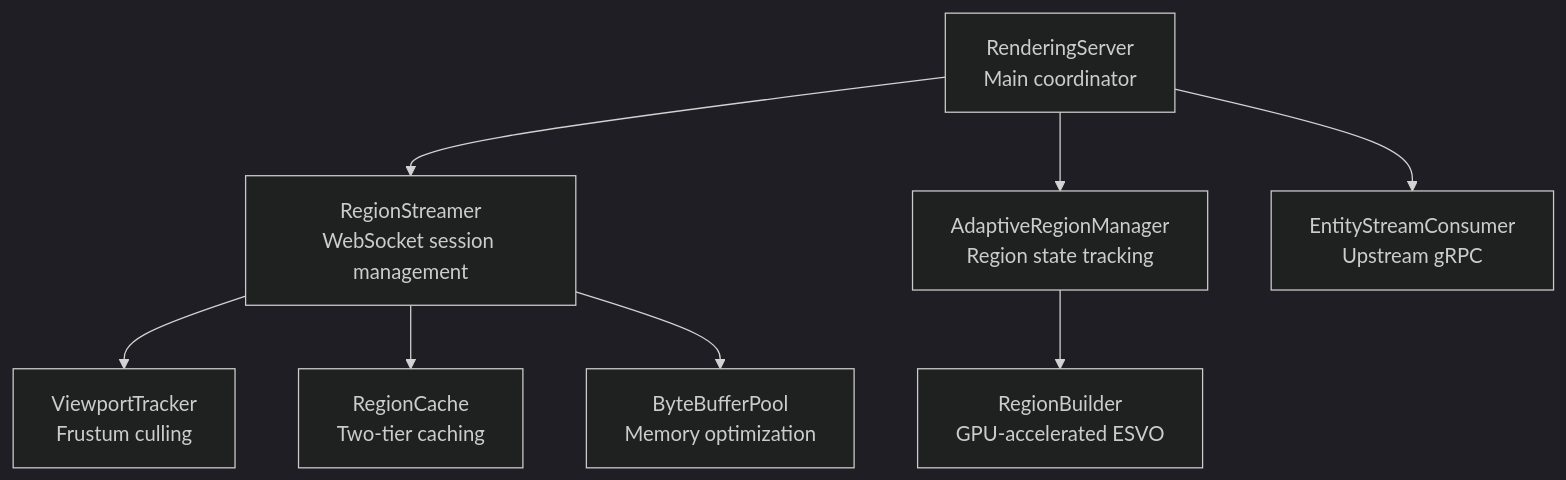
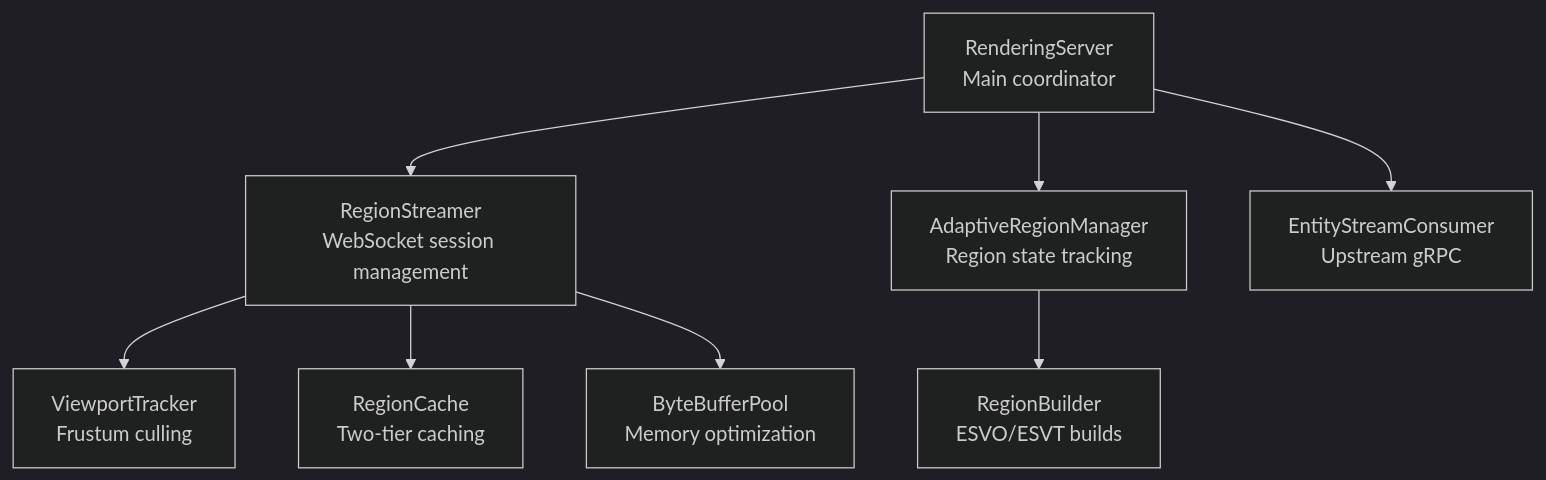
One commit to Hellblazer/Luciferase changed the diagram in simulation/doc/viz-render/README.md. Above: the diagram before and after it, drawn with Mermaid (dark theme). The commit also changed other lines of this file and 6 other files, not shown here.

````diff
--- a/simulation/doc/viz-render/README.md
+++ b/simulation/doc/viz-render/README.md
@@ -88,13 +88,13 @@
 ```mermaid
 graph TB
     RS[RenderingServer<br/>Main coordinator]
     RS --> RegionStreamer[RegionStreamer<br/>WebSocket session management]
     RS --> ARM[AdaptiveRegionManager<br/>Region state tracking]
     RS --> ESC[EntityStreamConsumer<br/>Upstream gRPC]
 
     RegionStreamer --> VT[ViewportTracker<br/>Frustum culling]
     RegionStreamer --> RC[RegionCache<br/>Two-tier caching]
     RegionStreamer --> BBP[ByteBufferPool<br/>Memory optimization]
 
-    ARM --> RB[RegionBuilder<br/>GPU-accelerated ESVO]
+    ARM --> RB[RegionBuilder<br/>ESVO/ESVT builds]
 ```
````
